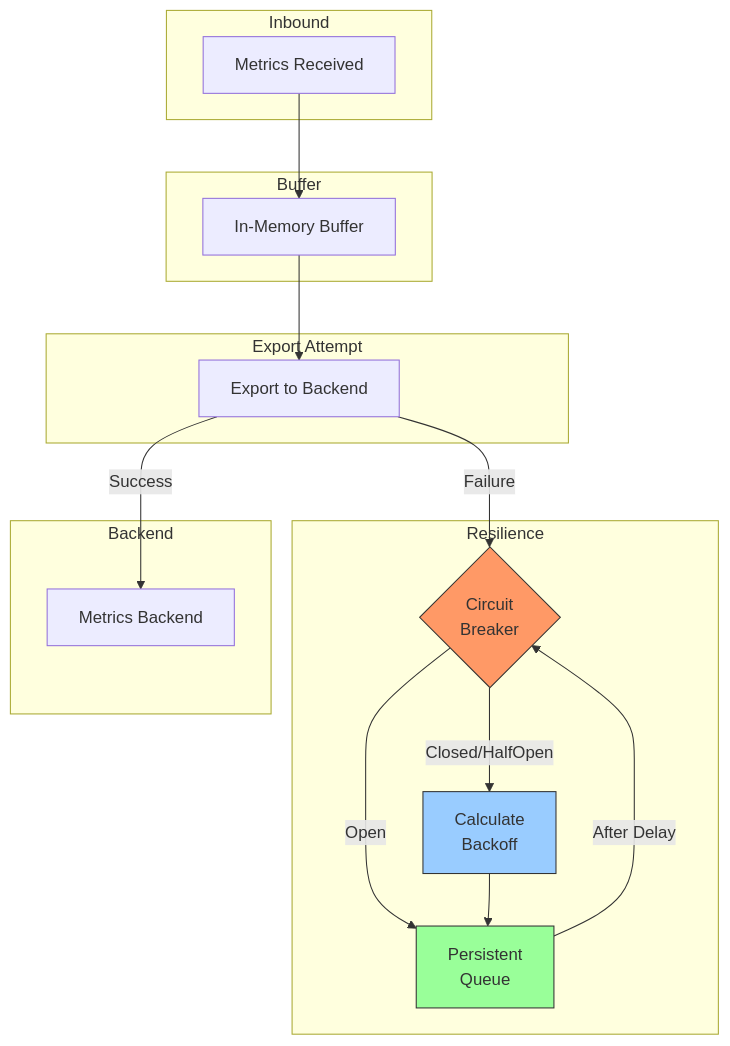
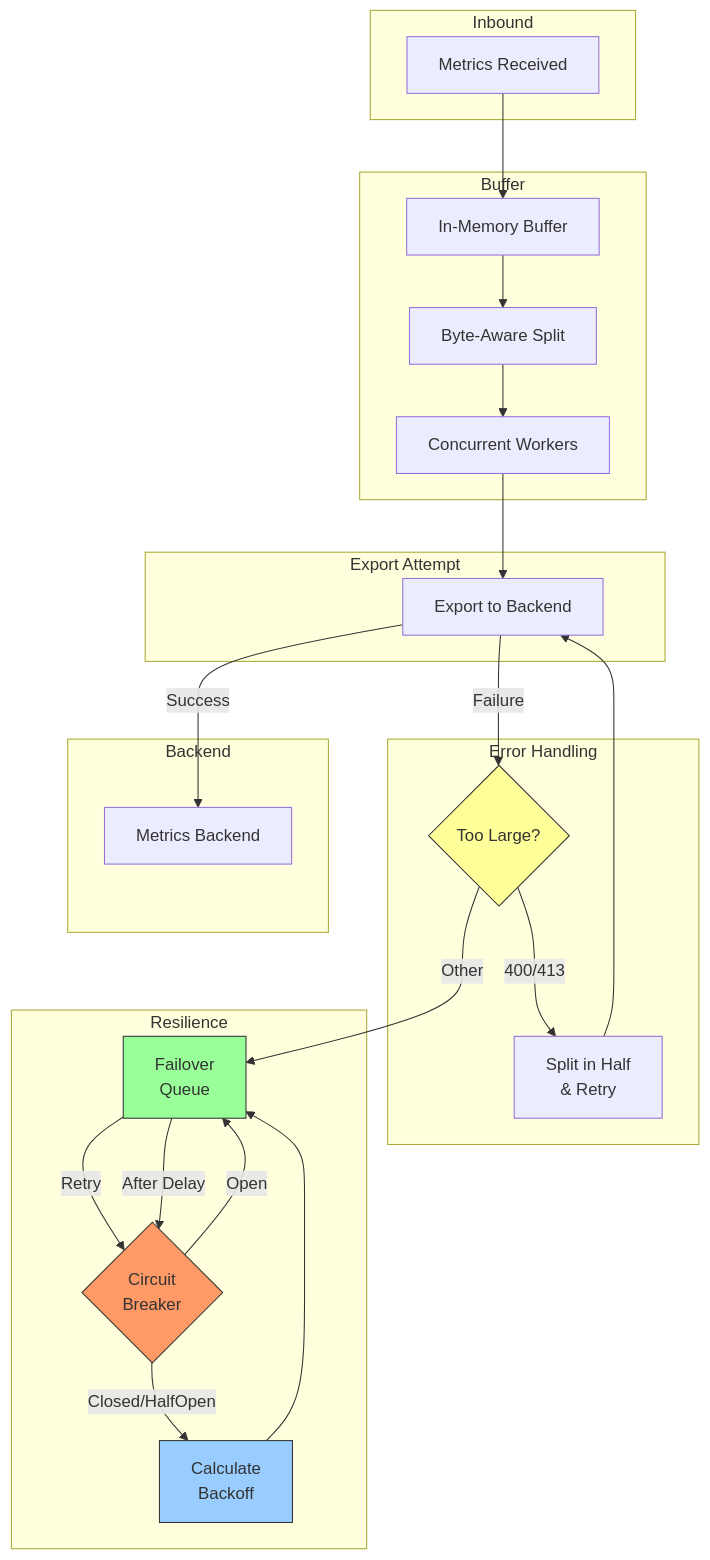
Before and after one commit to szibis/metrics-governor: the fifth of 6 diagrams in docs/resilience.md, drawn with Mermaid. The commit also changed other lines of this file and 20 other files, not shown here.

First line of the commit message:
feat: byte-aware batch splitting, concurrent exports, failover queue

````diff
--- a/docs/resilience.md
+++ b/docs/resilience.md
@@ -249,40 +251,52 @@
 ```mermaid
 flowchart TB
     subgraph "Inbound"
         IN[Metrics Received]
     end
 
     subgraph "Buffer"
         BUF[In-Memory Buffer]
+        SPLIT[Byte-Aware Split]
+        WORKERS[Concurrent Workers]
     end
 
     subgraph "Export Attempt"
         EXP[Export to Backend]
     end
 
+    subgraph "Error Handling"
+        SOE{Too Large?}
+        HALF[Split in Half<br/>& Retry]
+    end
+
     subgraph "Resilience"
         CB{Circuit<br/>Breaker}
         BO[Calculate<br/>Backoff]
-        Q[Persistent<br/>Queue]
+        FQ[Failover<br/>Queue]
     end
 
     subgraph "Backend"
         BE[Metrics Backend]
     end
 
     IN --> BUF
-    BUF --> EXP
+    BUF --> SPLIT --> WORKERS --> EXP
 
     EXP -->|Success| BE
-    EXP -->|Failure| CB
+    EXP -->|Failure| SOE
 
-    CB -->|Open| Q
+    SOE -->|"400/413"| HALF
+    HALF --> EXP
+    SOE -->|Other| FQ
+
+    FQ -->|Retry| CB
     CB -->|Closed/HalfOpen| BO
-
-    BO --> Q
-    Q -->|After Delay| CB
+    CB -->|Open| FQ
+    BO --> FQ
+    FQ -->|After Delay| CB
 
     style CB fill:#f96,stroke:#333
     style BO fill:#9cf,stroke:#333
-    style Q fill:#9f9,stroke:#333
+    style FQ fill:#9f9,stroke:#333
+    style SOE fill:#ff9,stroke:#333
 ```
````
